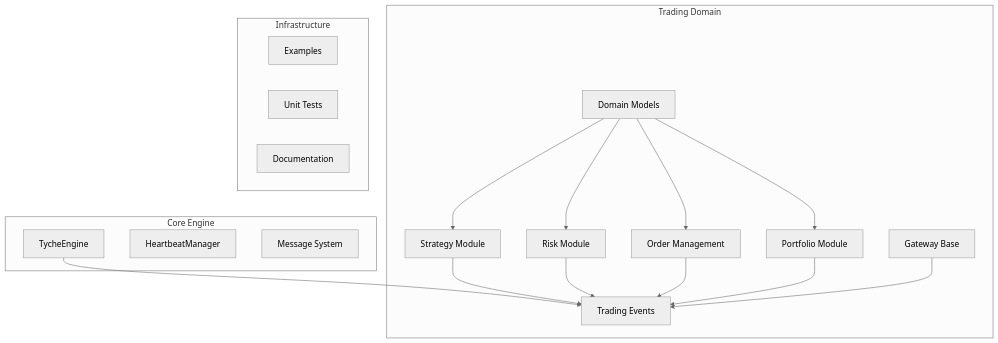
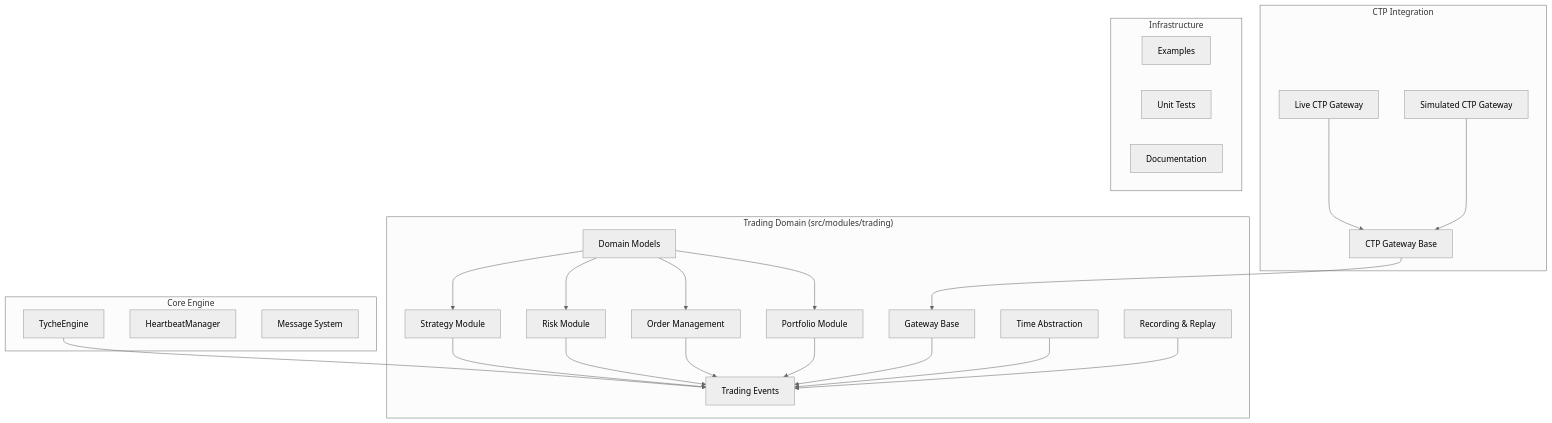
Before and after one commit to zt281/TycheEngine: the first of 17 diagrams in .qoder/repowiki/en/content/Core Components/Multi-Asset Trading System.md, drawn with Mermaid (neutral theme). The commit also changed other lines of this file and 4 other files, not shown here.

````diff
--- a/.qoder/repowiki/en/content/Core Components/Multi-Asset Trading System.md
+++ b/.qoder/repowiki/en/content/Core Components/Multi-Asset Trading System.md
@@ -47,32 +70,44 @@
 ```mermaid
 graph TB
 subgraph "Core Engine"
 Engine[TycheEngine]
 Heartbeat[HeartbeatManager]
 Message[Message System]
 end
-subgraph "Trading Domain"
+subgraph "Trading Domain (src/modules/trading)"
 Events[Trading Events]
 Models[Domain Models]
 Strategy[Strategy Module]
 Risk[Risk Module]
 OMS[Order Management]
 Portfolio[Portfolio Module]
 Gateway[Gateway Base]
+Clock[Time Abstraction]
+Store[Recording & Replay]
+end
+subgraph "CTP Integration"
+CTPBase[CTP Gateway Base]
+CTPLive[Live CTP Gateway]
+CTPSim[Simulated CTP Gateway]
 end
 subgraph "Infrastructure"
 Examples[Examples]
 Tests[Unit Tests]
 Docs[Documentation]
 end
 Engine --> Events
 Strategy --> Events
 Risk --> Events
 OMS --> Events
 Portfolio --> Events
 Gateway --> Events
+Clock --> Events
+Store --> Events
+CTPBase --> Gateway
+CTPLive --> CTPBase
+CTPSim --> CTPBase
 Models --> Strategy
 Models --> Risk
 Models --> OMS
 Models --> Portfolio
 ```
````
